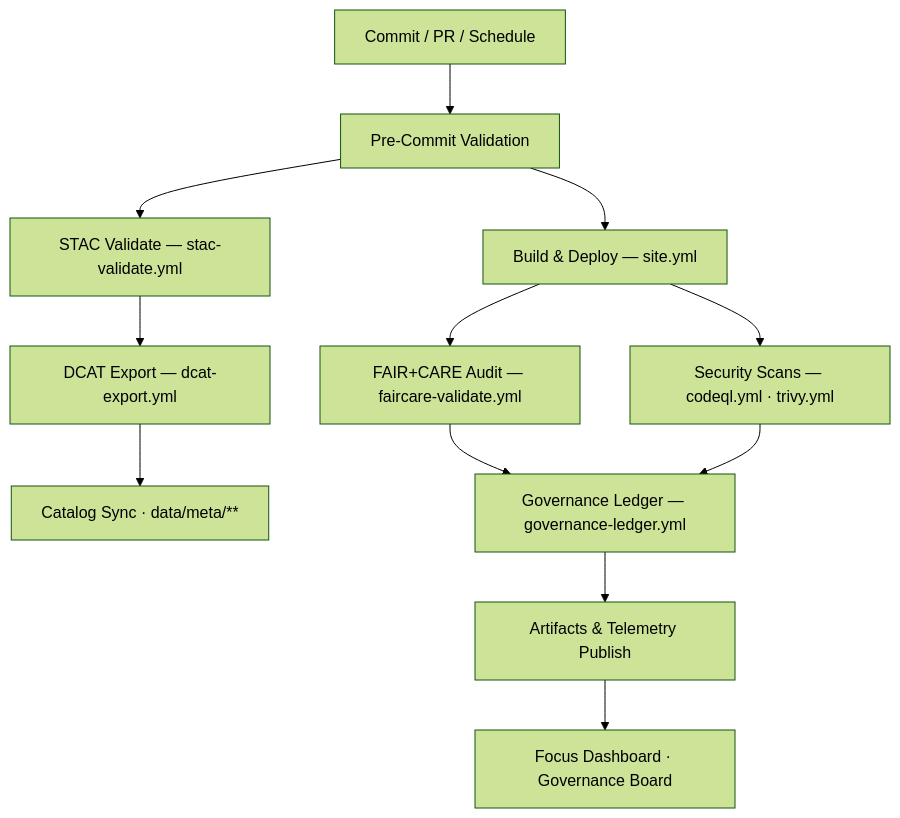
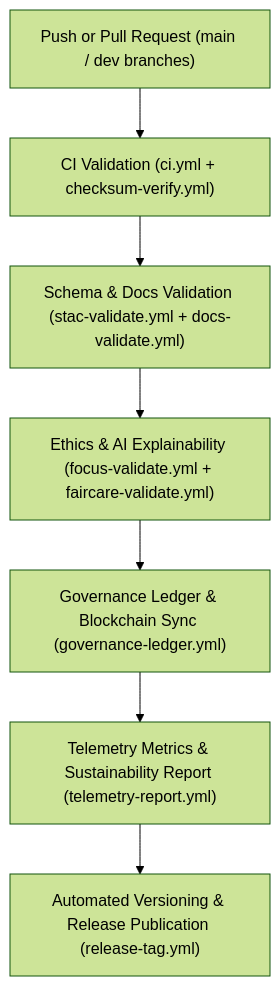
The diagram in .github/workflows/README.md (bartytime4life/Kansas-Frontier-Matrix), drawn with Mermaid (forest theme) before and after one commit. The commit also changed other lines of this file, not shown here.

````diff
--- a/.github/workflows/README.md
+++ b/.github/workflows/README.md
@@ -87,14 +69,9 @@
 ```mermaid
 flowchart TD
-  A[Commit / PR / Schedule] --> B[Pre-Commit Validation]
-  B --> C[Build & Deploy — site.yml]
-  B --> D[STAC Validate — stac-validate.yml]
-  D --> E[DCAT Export — dcat-export.yml]
-  C --> F[FAIR+CARE Audit — faircare-validate.yml]
-  C --> G[Security Scans — codeql.yml · trivy.yml]
-  E --> H[Catalog Sync · data/meta/**]
-  F --> I[Governance Ledger — governance-ledger.yml]
-  G --> I
-  I --> J[Artifacts & Telemetry Publish]
-  J --> K[Focus Dashboard · Governance Board]
+    A["Push or Pull Request (main / dev branches)"] --> B["CI Validation (ci.yml + checksum-verify.yml)"]
+    B --> C["Schema & Docs Validation (stac-validate.yml + docs-validate.yml)"]
+    C --> D["Ethics & AI Explainability (focus-validate.yml + faircare-validate.yml)"]
+    D --> E["Governance Ledger & Blockchain Sync (governance-ledger.yml)"]
+    E --> F["Telemetry Metrics & Sustainability Report (telemetry-report.yml)"]
+    F --> G["Automated Versioning & Release Publication (release-tag.yml)"]
 ```
````
